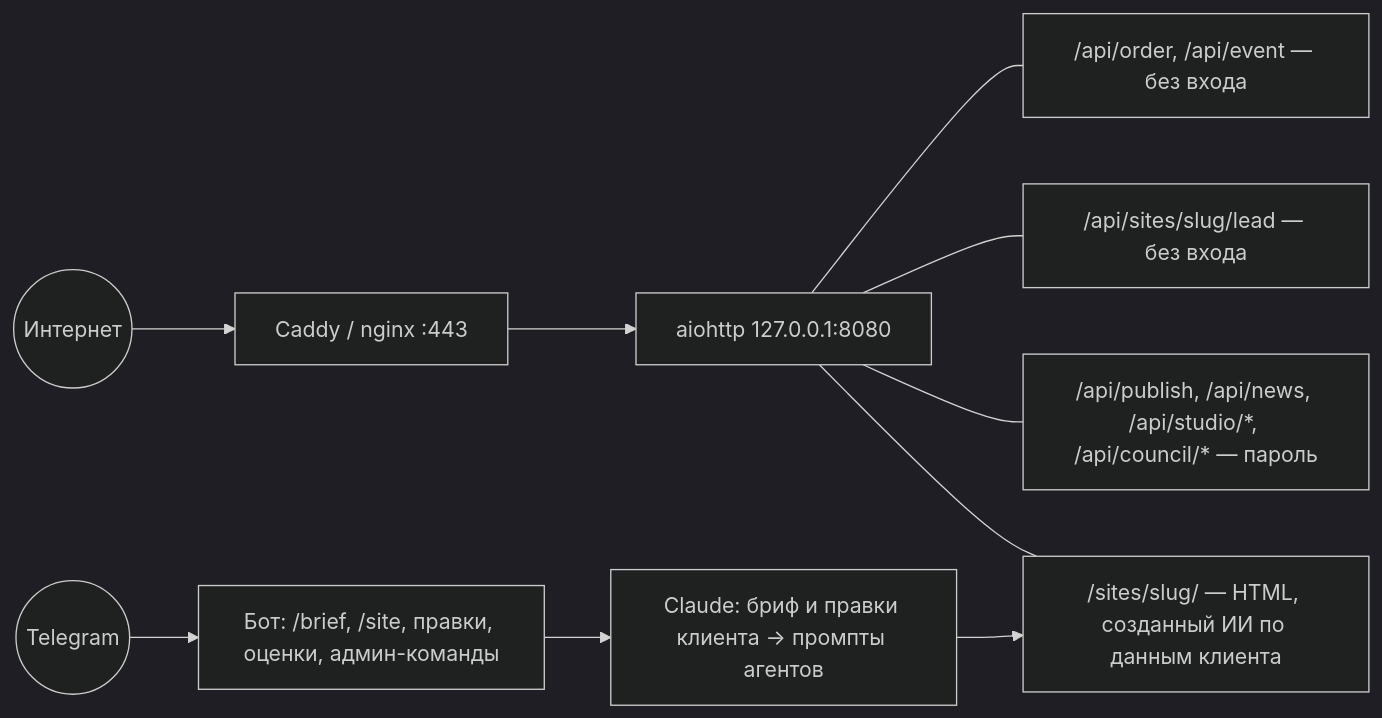
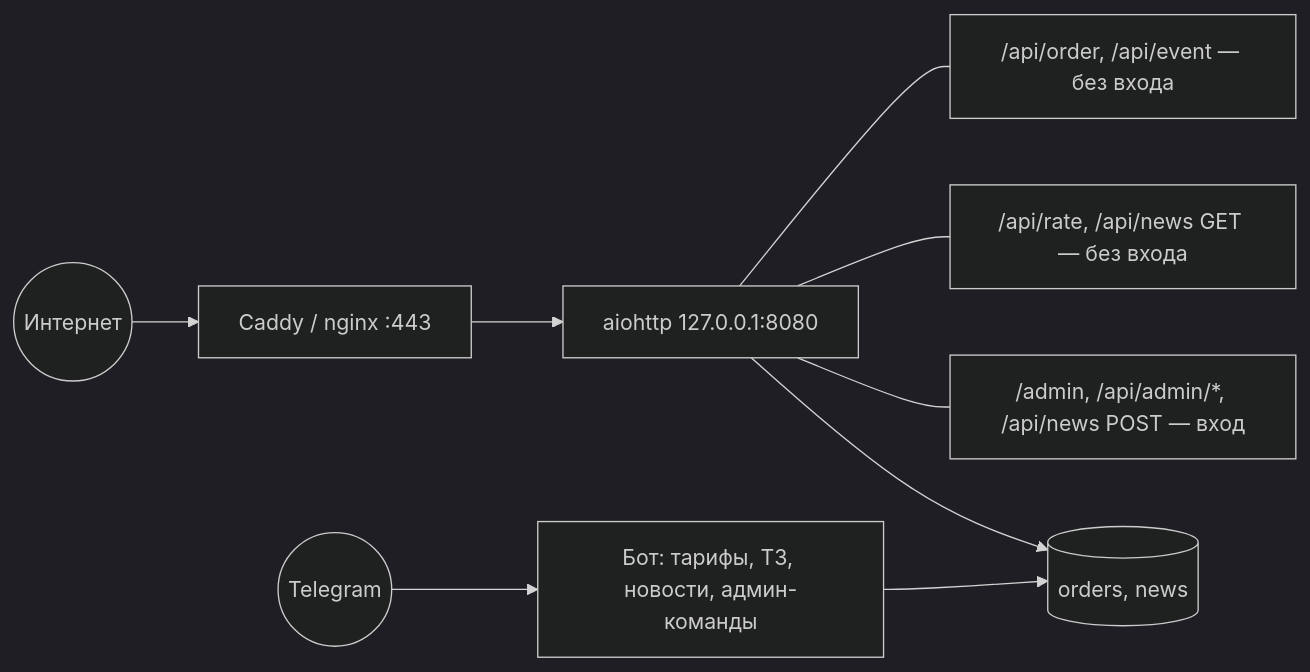
The diagram in docs/obsidian/Codex Lab/ТЗ Кибербезопасность.md (xondamirx9/XLab), drawn with Mermaid (dark theme) before and after one commit. The commit also changed other lines of this file and 5 other files, not shown here.

````diff
--- a/docs/obsidian/Codex Lab/ТЗ Кибербезопасность.md
+++ b/docs/obsidian/Codex Lab/ТЗ Кибербезопасность.md
@@ -30,12 +33,11 @@
 ```mermaid
 flowchart LR
     I((Интернет)) --> P[Caddy / nginx :443]
     P --> A[aiohttp 127.0.0.1:8080]
     A --- E1["/api/order, /api/event — без входа"]
-    A --- E2["/api/sites/slug/lead — без входа"]
-    A --- E3["/api/publish, /api/news, /api/studio/*, /api/council/* — пароль"]
-    A --- E4["/sites/slug/ — HTML, созданный ИИ по данным клиента"]
-    T((Telegram)) --> B[Бот: /brief, /site, правки, оценки, админ-команды]
-    B --> L[Claude: бриф и правки клиента → промпты агентов]
-    L --> E4
+    A --- E2["/api/rate, /api/news GET — без входа"]
+    A --- E3["/admin, /api/admin/*, /api/news POST — вход"]
+    T((Telegram)) --> B[Бот: тарифы, ТЗ, новости, админ-команды]
+    B --> O[(orders, news)]
+    A --> O
 ```
````
